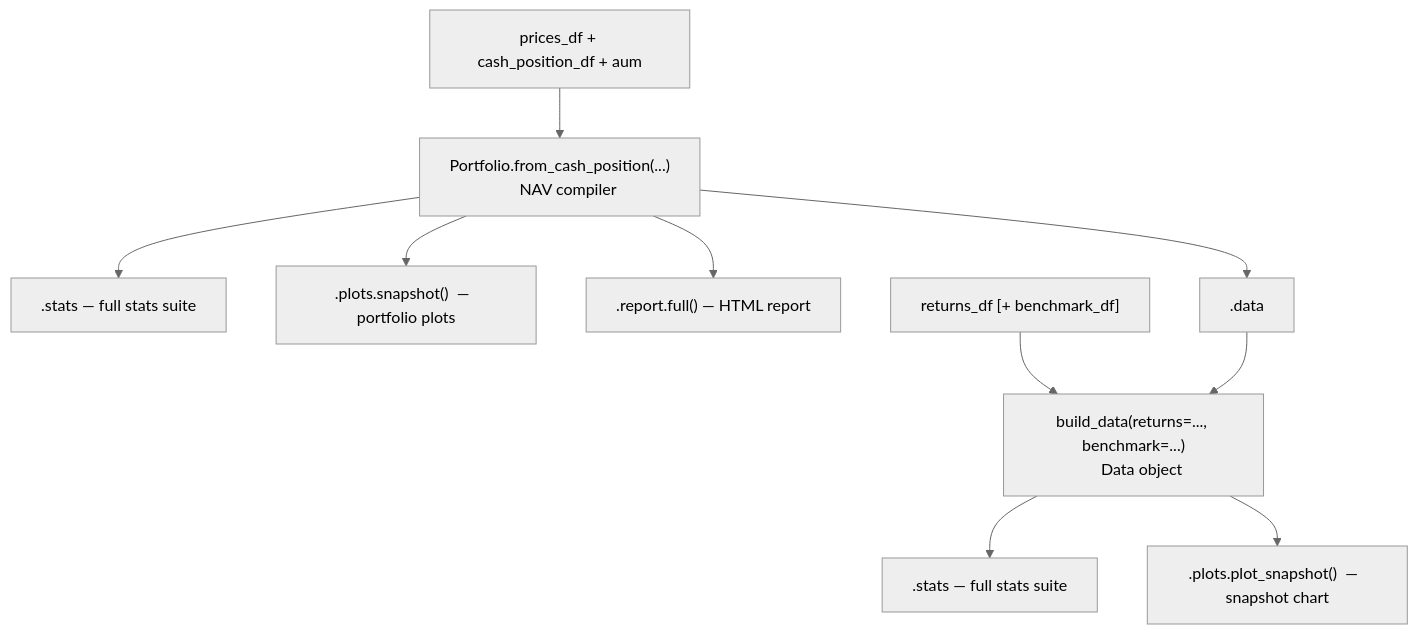
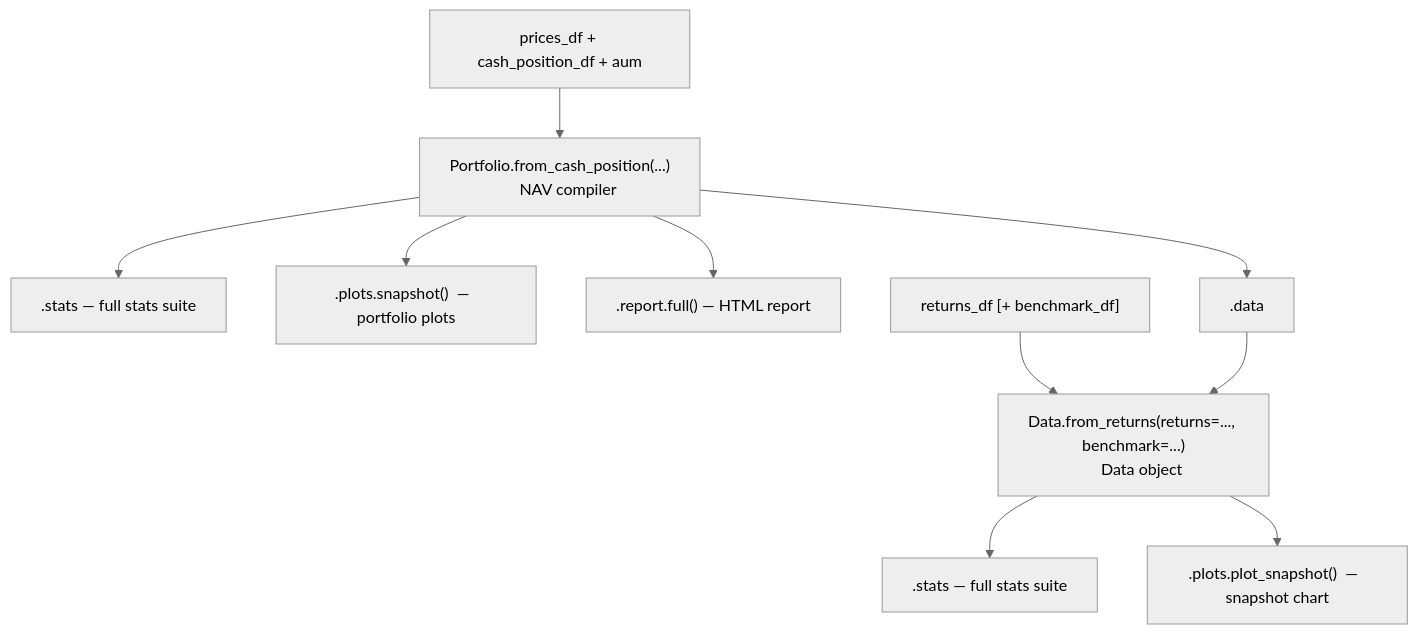
One commit to tschm/jquantstats changed the diagram in README.md. Above: the diagram before and after it, drawn with Mermaid (neutral theme). The commit also changed other lines of this file, not shown here.

Commit message:
docs: replace build_data with Data.from_returns in README

````diff
--- a/README.md
+++ b/README.md
@@ -203,16 +203,16 @@
 ```mermaid
 flowchart TD
     A["prices_df + cash_position_df + aum"] --> B["Portfolio.from_cash_position(...)
     NAV compiler"]
     B --> C[".stats  —  full stats suite"]
     B --> D[".plots.snapshot()  —  portfolio plots"]
     B --> E[".report.full()  —  HTML report"]
     B --> F[".data"]
 
-    G["returns_df [+ benchmark_df]"] --> H["build_data(returns=..., benchmark=...)
+    G["returns_df [+ benchmark_df]"] --> H["Data.from_returns(returns=..., benchmark=...)
     Data object"]
     H --> I[".stats  —  full stats suite"]
     H --> J[".plots.plot_snapshot()  —  snapshot chart"]
 
     F --> H
 ```
````
